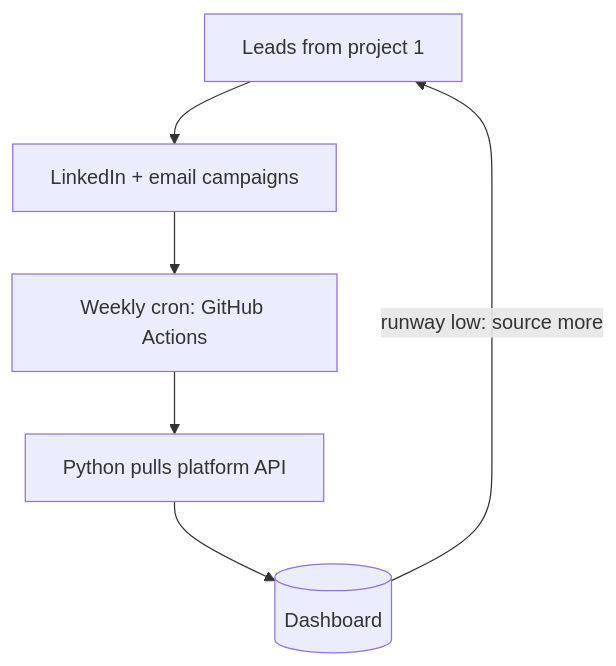
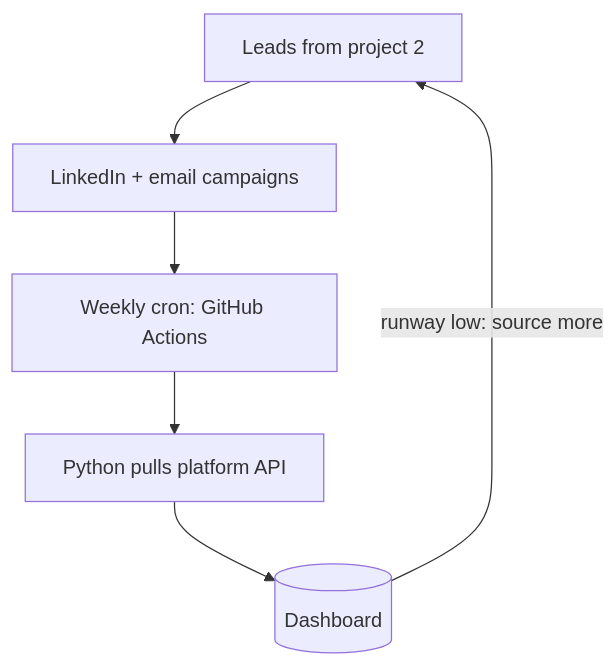
The third of 3 diagrams in README.md (jinsyl123/jinsyl123), drawn with Mermaid before and after one commit. The commit also changed other lines of this file, not shown here.

````diff
--- a/README.md
+++ b/README.md
@@ -71,8 +106,8 @@
 ```mermaid
 flowchart TD
-    A[Leads from project 1] --> B[LinkedIn + email campaigns]
+    A[Leads from project 2] --> B[LinkedIn + email campaigns]
     B --> C[Weekly cron: GitHub Actions]
     C --> D[Python pulls platform API]
     D --> E[(Dashboard)]
     E -->|runway low: source more| A
 ```
````
